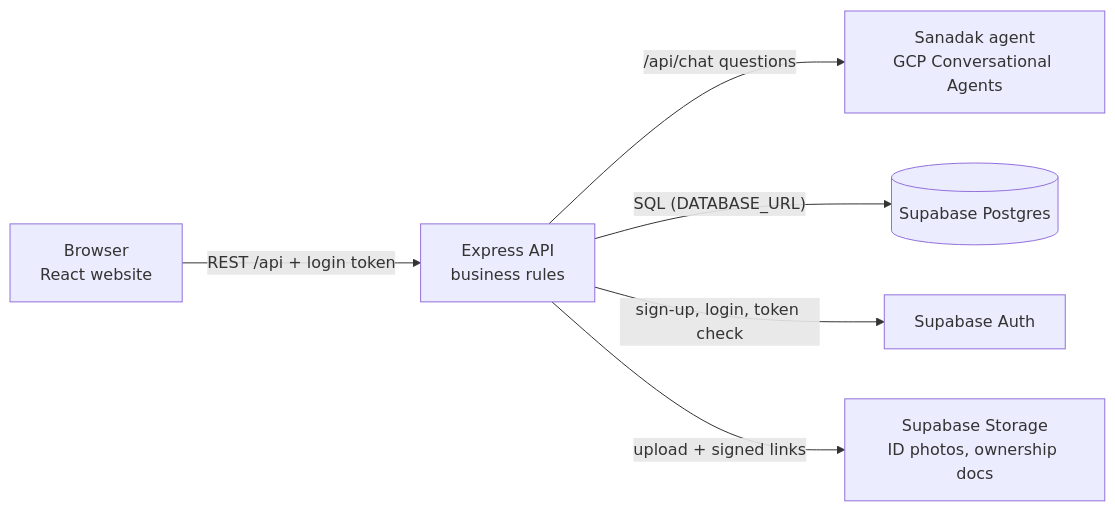
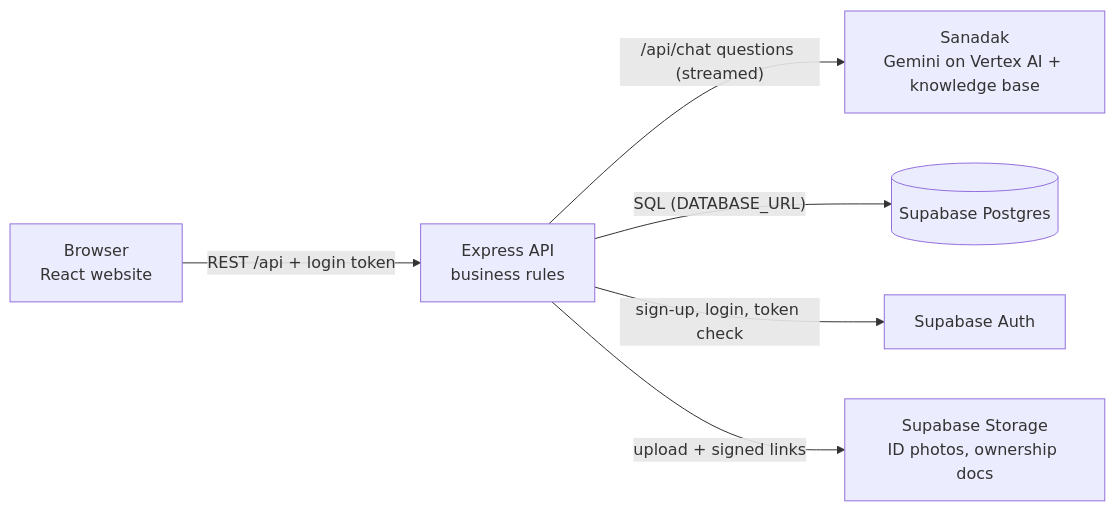
One commit to bashitii/numrati-server changed the diagram in README.md. Above: the diagram before and after it, drawn with Mermaid. The commit also changed other lines of this file and 9 other files, not shown here.

First line of the commit message:
Sanadak on Gemini (Vertex AI) with streaming answers and chat history

````diff
--- a/README.md
+++ b/README.md
@@ -163,8 +167,8 @@
 ```mermaid
 flowchart LR
   B[Browser<br/>React website] -- "REST /api + login token" --> S[Express API<br/>business rules]
-  S -- "/api/chat questions" --> A[Sanadak agent<br/>GCP Conversational Agents]
+  S -- "/api/chat questions (streamed)" --> A[Sanadak<br/>Gemini on Vertex AI + knowledge base]
   S -- "SQL (DATABASE_URL)" --> D[(Supabase Postgres)]
   S -- "sign-up, login, token check" --> AU[Supabase Auth]
   S -- "upload + signed links" --> ST[Supabase Storage<br/>ID photos, ownership docs]
 ```
````
